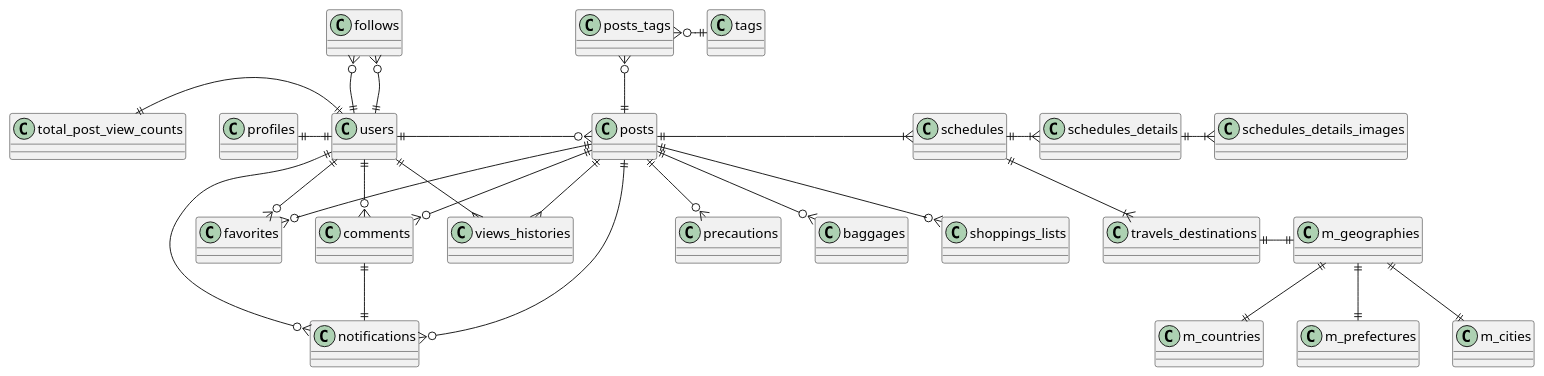
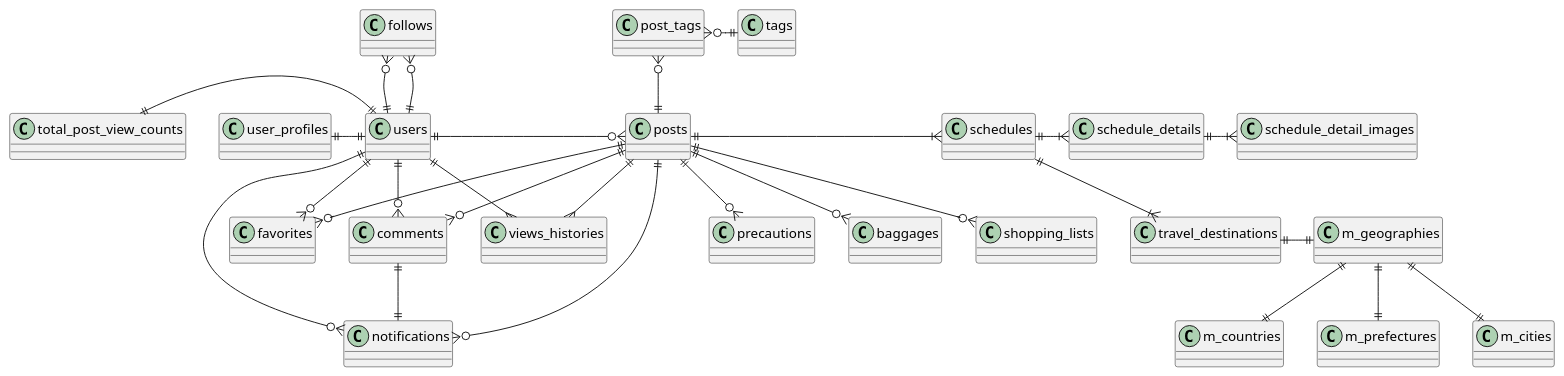
The diagram in Doc/ER/relations.pu (k-0523/travel-roadmap), drawn with PlantUML before and after one commit. The commit also changed 1 other file, not shown here.

Commit message:
fix er図

```diff
--- a/Doc/ER/relations.pu
+++ b/Doc/ER/relations.pu
@@ -1,45 +1,45 @@
 @startuml
 /' users '/
 users ||-l-|| total_post_view_counts
-users ||-l-|| profiles
+users ||-l-|| user_profiles
 users ||-u-o{ follows
 users ||-u-o{ follows
 users ||-d-o{ favorites
 users ||-d-o{ comments
 users ||-r-o{ posts
 users ||-d-{ views_histories
 users ||--o{ notifications
 
 /' posts '/
 posts ||-d-o{ favorites
 posts ||-d-o{ comments
 posts ||-d-{ views_histories
-posts ||-u-o{ posts_tags
+posts ||-u-o{ post_tags
 posts ||-d-o{ precautions
 posts ||-d-o{ baggages
-posts ||-d-o{ shoppings_lists
+posts ||-d-o{ shopping_lists
 posts ||-r-|{ schedules
 posts ||--o{ notifications
 
 /' comments '/
 comments ||--|| notifications
 
 /' schedules '/
-schedules ||-|{ schedules_details
-schedules ||--|{ travels_destinations
+schedules ||-|{ schedule_details
+schedules ||--|{ travel_destinations
 
 /' travels_destinations '/
-travels_destinations ||-|| m_geographies
+travel_destinations ||-|| m_geographies
 
-/' schedules_details '/
-schedules_details ||-|{ schedules_details_images
+/' schedule_detail_images '/
+schedule_details ||-|{ schedule_detail_images
 
 /' tags '/
-tags ||-lo{ posts_tags
+tags ||-lo{ post_tags
 
 /' m_geographies '/
 m_geographies ||--|| m_countries
 m_geographies ||--|| m_prefectures
 m_geographies ||--|| m_cities
 
 @enduml
```
